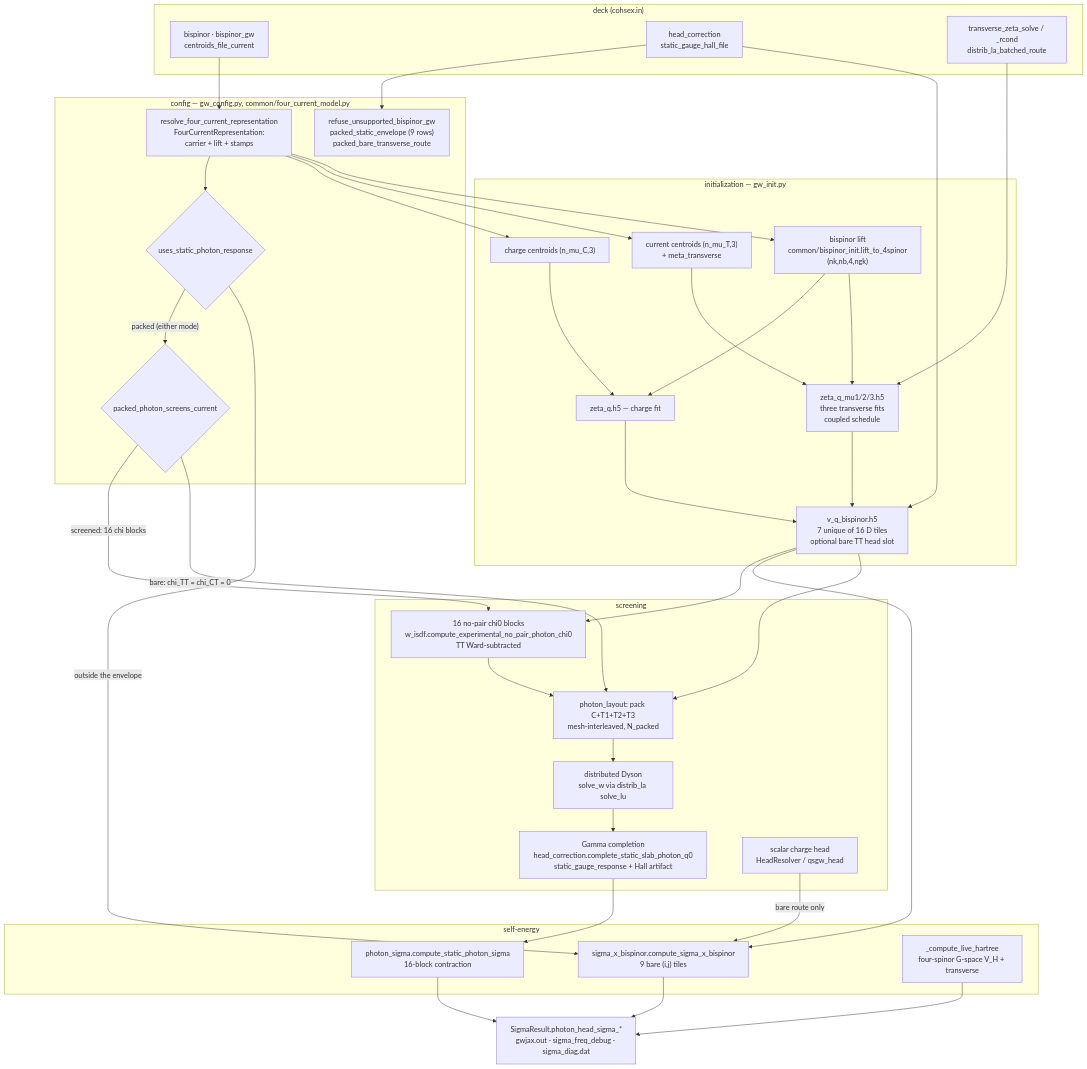
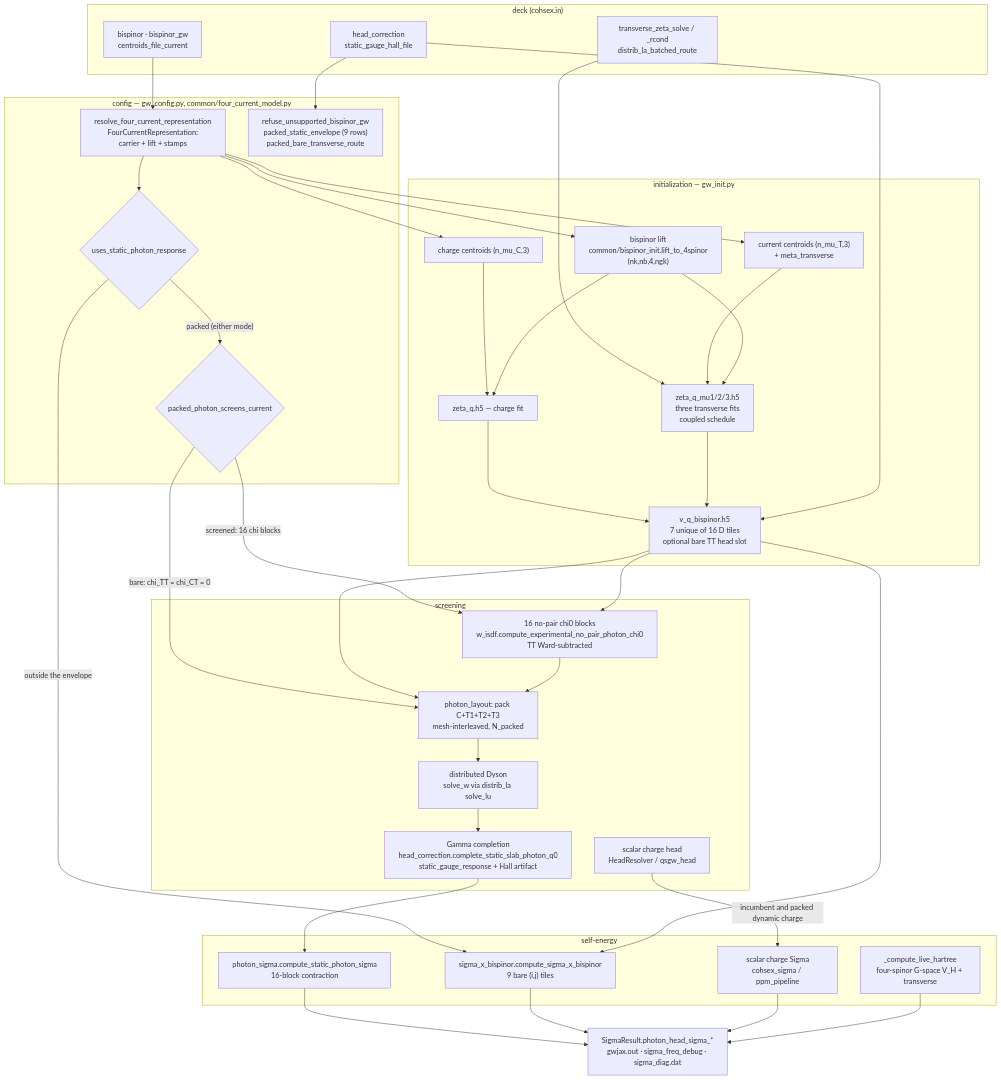
The diagram in docs/architecture/four_current_wiring.md (jackmcarthur/lorrax), drawn with Mermaid before and after one commit. The commit also changed other lines of this file and 11 other files, not shown here.

````diff
--- a/docs/architecture/four_current_wiring.md
+++ b/docs/architecture/four_current_wiring.md
@@ -146,70 +144,72 @@
 ```mermaid
 flowchart TD
   subgraph DECK["deck (cohsex.in)"]
     K1["bispinor · bispinor_gw<br/>centroids_file_current"]
     K2["head_correction<br/>static_gauge_hall_file"]
     K3["transverse_zeta_solve / _rcond<br/>distrib_la_batched_route"]
   end
 
   subgraph CFG["config — gw_config.py, common/four_current_model.py"]
     R["resolve_four_current_representation<br/>FourCurrentRepresentation:<br/>carrier + lift + stamps"]
     F{"uses_static_photon_response"}
     S{"packed_photon_screens_current"}
     E["refuse_unsupported_bispinor_gw<br/>packed_static_envelope (9 rows)<br/>packed_bare_transverse_route"]
   end
 
   subgraph INIT["initialization — gw_init.py"]
     C1["charge centroids (n_mu_C,3)"]
     C2["current centroids (n_mu_T,3)<br/>+ meta_transverse"]
     L["bispinor lift<br/>common/bispinor_init.lift_to_4spinor<br/>(nk,nb,4,ngk)"]
     Z0["zeta_q.h5 — charge fit"]
     ZT["zeta_q_mu1/2/3.h5<br/>three transverse fits<br/>coupled schedule"]
     VQ["v_q_bispinor.h5<br/>7 unique of 16 D tiles<br/>optional bare TT head slot"]
   end
 
   subgraph SCR["screening"]
     CHI["16 no-pair chi0 blocks<br/>w_isdf.compute_experimental_no_pair_photon_chi0<br/>TT Ward-subtracted"]
     PK["photon_layout: pack C+T1+T2+T3<br/>mesh-interleaved, N_packed"]
     DY["distributed Dyson<br/>solve_w via distrib_la solve_lu"]
     HD["Gamma completion<br/>head_correction.complete_static_slab_photon_q0<br/>static_gauge_response + Hall artifact"]
     SW["scalar charge head<br/>HeadResolver / qsgw_head"]
   end
 
   subgraph SIG["self-energy"]
     PS["photon_sigma.compute_static_photon_sigma<br/>16-block contraction"]
     SB["sigma_x_bispinor.compute_sigma_x_bispinor<br/>9 bare (i,j) tiles"]
+    CS["scalar charge Sigma<br/>cohsex_sigma / ppm_pipeline"]
     HT["_compute_live_hartree<br/>four-spinor G-space V_H + transverse"]
   end
 
   OUT["SigmaResult.photon_head_sigma_*<br/>gwjax.out · sigma_freq_debug · sigma_diag.dat"]
 
   K1 --> R
   R --> F
   K2 --> E
   K3 --> ZT
   F -->|"packed (either mode)"| S
   F -->|"outside the envelope"| SB
   S -->|"screened: 16 chi blocks"| CHI
   S -->|"bare: chi_TT = chi_CT = 0"| PK
   R --> C1
   R --> C2
   R --> L
   C1 --> Z0
   C2 --> ZT
   L --> Z0
   L --> ZT
   Z0 --> VQ
   ZT --> VQ
   K2 --> VQ
   VQ --> CHI
   VQ --> SB
   VQ --> PK
   CHI --> PK
   PK --> DY
   DY --> HD
   HD --> PS
-  SW -->|bare route only| SB
+  SW -->|incumbent and packed dynamic charge| CS
   PS --> OUT
   SB --> OUT
+  CS --> OUT
   HT --> OUT
 ```
````
